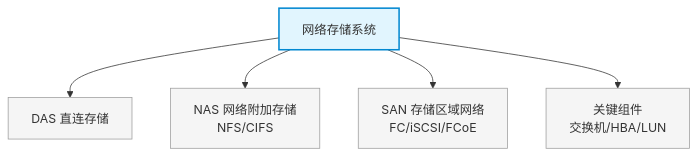
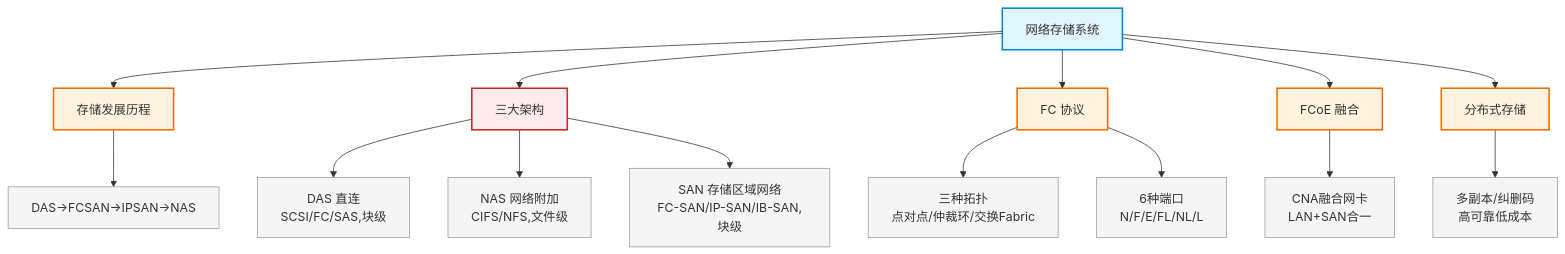
The diagram in cloud-datacenter/13_network_storage.md (silverbulle/Network_Planning_and_Design), drawn with Mermaid before and after one commit. The commit also changed other lines of this file and 2 other files, not shown here.

````diff
--- a/cloud-datacenter/13_network_storage.md
+++ b/cloud-datacenter/13_network_storage.md
@@ -9,12 +8,35 @@
 ```mermaid
 flowchart TD
-    A["网络存储系统"] --> B["DAS 直连存储"]
-    A --> C["NAS 网络附加存储<br>NFS/CIFS"]
-    A --> D["SAN 存储区域网络<br>FC/iSCSI/FCoE"]
-    A --> E["关键组件<br>交换机/HBA/LUN"]
+    A["网络存储系统"] --> B["存储发展历程"]
+    A --> C["三大架构"]
+    A --> D["FC 协议"]
+    A --> E["FCoE 融合"]
+    A --> F["分布式存储"]
+
+    B --> B1["DAS→FCSAN→IPSAN→NAS"]
+
+    C --> C1["DAS 直连<br>SCSI/FC/SAS,块级"]
+    C --> C2["NAS 网络附加<br>CIFS/NFS,文件级"]
+    C --> C3["SAN 存储区域网络<br>FC-SAN/IP-SAN/IB-SAN,块级"]
+
+    D --> D1["三种拓扑<br>点对点/仲裁环/交换Fabric"]
+    D --> D2["6种端口<br>N/F/E/FL/NL/L"]
+
+    E --> E1["CNA融合网卡<br>LAN+SAN合一"]
+    F --> F1["多副本/纠删码<br>高可靠低成本"]
+
     style A fill:#e1f5fe,stroke:#0288d1,stroke-width:2px
-    style B fill:#f5f5f5,stroke:#9e9e9e
-    style C fill:#f5f5f5,stroke:#9e9e9e
-    style D fill:#f5f5f5,stroke:#9e9e9e
-    style E fill:#f5f5f5,stroke:#9e9e9e
+    style B fill:#fff3e0,stroke:#ef6c00,stroke-width:2px
+    style C fill:#ffebee,stroke:#c62828,stroke-width:2px
+    style D fill:#fff3e0,stroke:#ef6c00,stroke-width:2px
+    style E fill:#fff3e0,stroke:#ef6c00,stroke-width:2px
+    style F fill:#fff3e0,stroke:#ef6c00,stroke-width:2px
+    style B1 fill:#f5f5f5,stroke:#9e9e9e
+    style C1 fill:#f5f5f5,stroke:#9e9e9e
+    style C2 fill:#f5f5f5,stroke:#9e9e9e
+    style C3 fill:#f5f5f5,stroke:#9e9e9e
+    style D1 fill:#f5f5f5,stroke:#9e9e9e
+    style D2 fill:#f5f5f5,stroke:#9e9e9e
+    style E1 fill:#f5f5f5,stroke:#9e9e9e
+    style F1 fill:#f5f5f5,stroke:#9e9e9e
 ```
````
